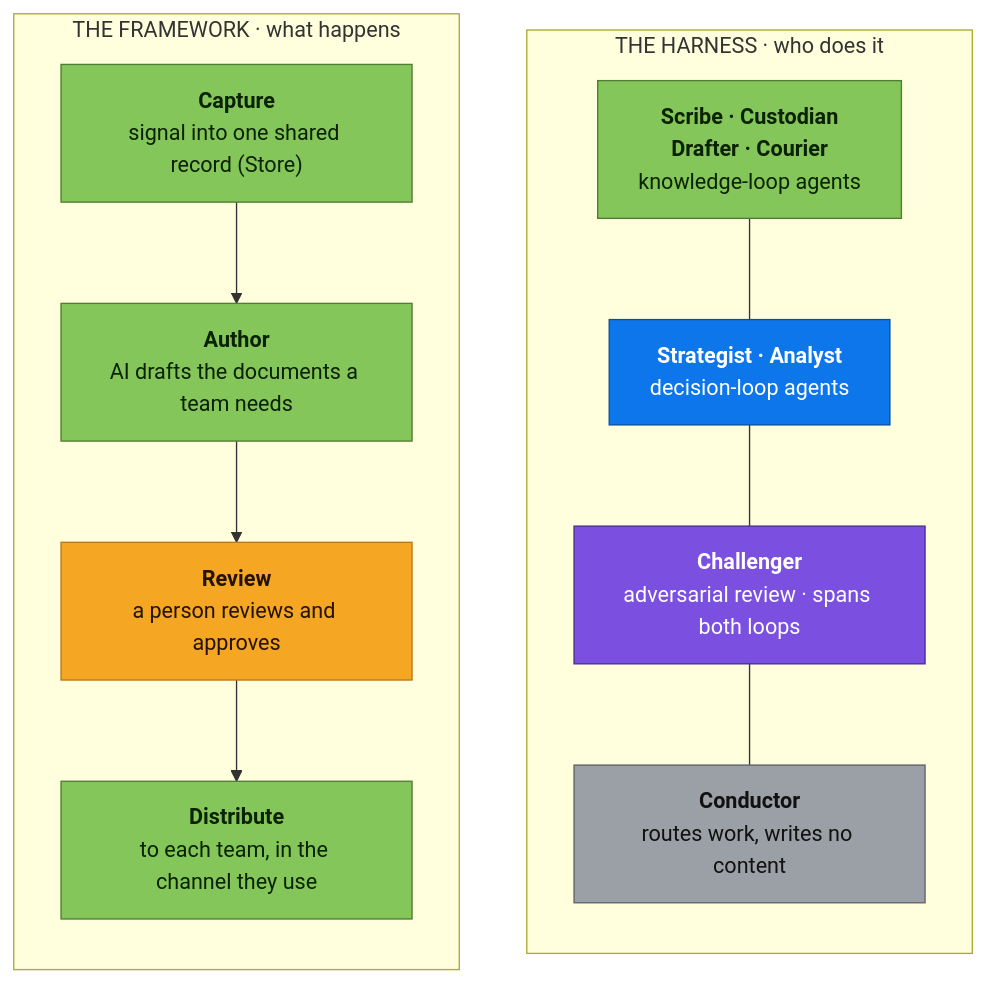
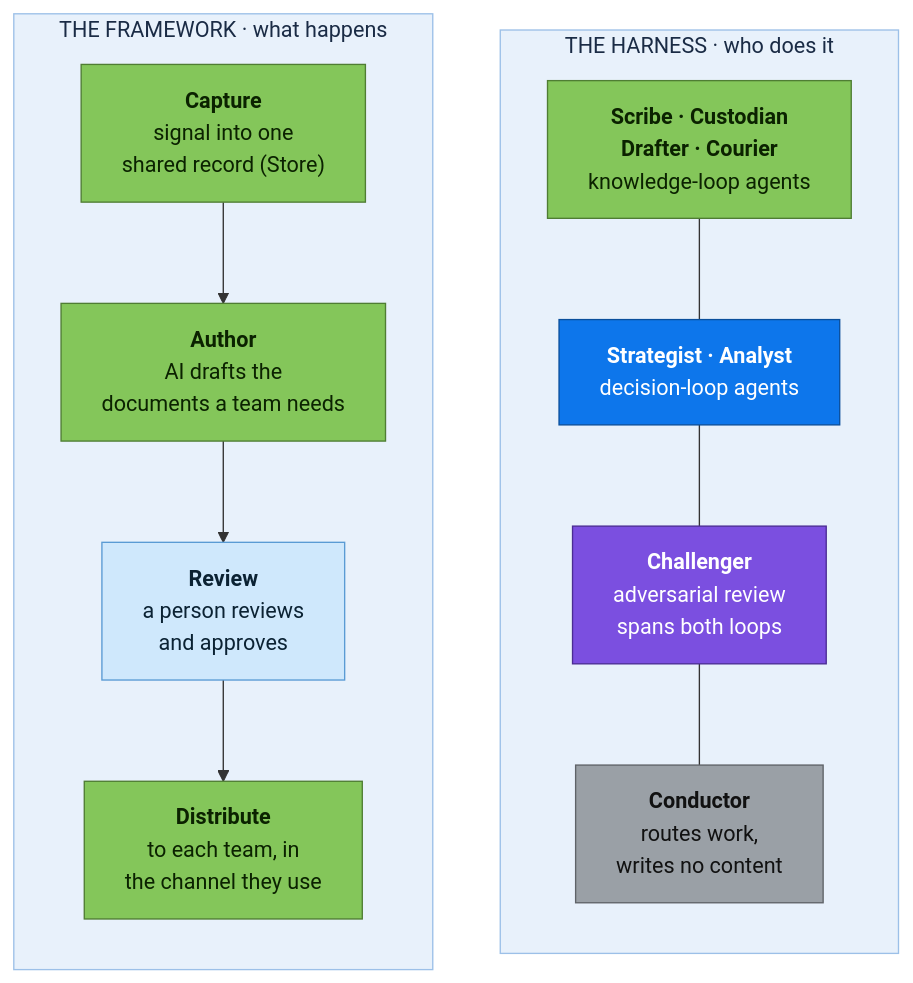
The first of 9 diagrams in README.md (jesscancode/ai-product-framework), drawn with Mermaid before and after one commit. The commit also changed other lines of this file, not shown here.

````diff
--- a/README.md
+++ b/README.md
@@ -7,26 +7,29 @@
 ```mermaid
 flowchart LR
     subgraph FW["THE FRAMEWORK · what happens"]
         direction TB
-        f1["<b>Capture</b><br/>signal into one shared record (Store)"]:::green
-        f2["<b>Author</b><br/>AI drafts the documents a team needs"]:::green
-        f3["<b>Review</b><br/>a person reviews and approves"]:::human
-        f4["<b>Distribute</b><br/>to each team, in the channel they use"]:::green
+        f1["<b>Capture</b><br/>signal into one<br/>shared record (Store)"]:::green
+        f2["<b>Author</b><br/>AI drafts the<br/>documents a team needs"]:::green
+        f3["<b>Review</b><br/>a person reviews<br/>and approves"]:::light
+        f4["<b>Distribute</b><br/>to each team, in<br/>the channel they use"]:::green
         f1 --> f2 --> f3 --> f4
     end
     subgraph HN["THE HARNESS · who does it"]
         direction TB
         h1["<b>Scribe · Custodian</b><br/><b>Drafter · Courier</b><br/>knowledge-loop agents"]:::green
         h2["<b>Strategist · Analyst</b><br/>decision-loop agents"]:::blue
-        h3["<b>Challenger</b><br/>adversarial review · spans both loops"]:::span
-        h4["<b>Conductor</b><br/>routes work, writes no content"]:::infra
+        h3["<b>Challenger</b><br/>adversarial review<br/>spans both loops"]:::span
+        h4["<b>Conductor</b><br/>routes work,<br/>writes no content"]:::infra
         h1 --- h2 --- h3 --- h4
     end
     FW ~~~ HN
+
+    style FW fill:#e8f1fb,stroke:#9cc0e8,color:#1a2b45;
+    style HN fill:#e8f1fb,stroke:#9cc0e8,color:#1a2b45;
 
     classDef green fill:#84c65a,stroke:#4f7d33,color:#0b2200;
     classDef blue fill:#0d76eb,stroke:#0a4f9c,color:#ffffff;
     classDef span fill:#7b4fe0,stroke:#4b2c94,color:#ffffff;
     classDef infra fill:#9aa0a6,stroke:#5f6368,color:#111111;
-    classDef human fill:#f5a623,stroke:#b9781a,color:#241300;
+    classDef light fill:#cfe8fc,stroke:#5a9bd4,color:#0b2233;
 ```
````
